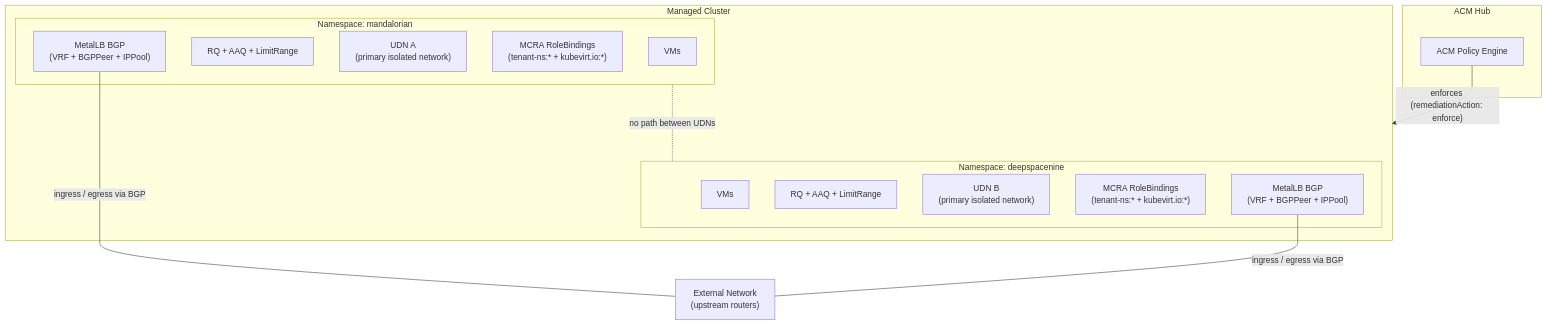
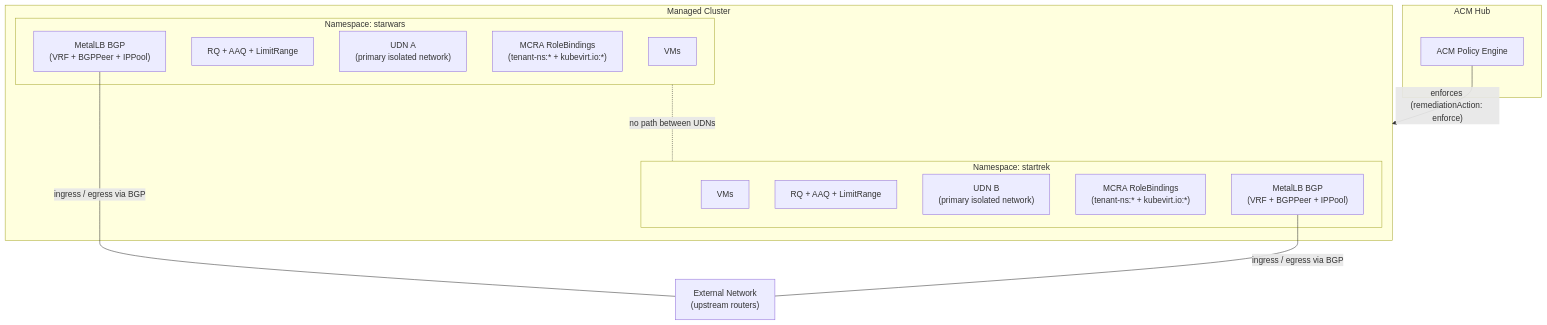
The first of 3 diagrams in docs/tenancy-model.md (mandibuswell/tenancy-by-acm-policy), drawn with Mermaid before and after one commit. The commit also changed other lines of this file and 5 other files, not shown here.

First line of the commit message:
Restore starwars/startrek ACM tenants; keep SSO themes separate.

````diff
--- a/docs/tenancy-model.md
+++ b/docs/tenancy-model.md
@@ -86,27 +86,27 @@
 ```mermaid
 flowchart TD
     subgraph hub [ACM Hub]
         policy[ACM Policy Engine]
     end
     subgraph managed [Managed Cluster]
-        subgraph tenantA ["Namespace: mandalorian"]
+        subgraph tenantA ["Namespace: starwars"]
             vmA[VMs]
             quotaA["RQ + AAQ + LimitRange"]
             udnA["UDN A\n(primary isolated network)"]
             rbacA["MCRA RoleBindings\n(tenant-ns:* + kubevirt.io:*)"]
             metallbA["MetalLB BGP\n(VRF + BGPPeer + IPPool)"]
         end
-        subgraph tenantB ["Namespace: deepspacenine"]
+        subgraph tenantB ["Namespace: startrek"]
             vmB[VMs]
             quotaB["RQ + AAQ + LimitRange"]
             udnB["UDN B\n(primary isolated network)"]
             rbacB["MCRA RoleBindings\n(tenant-ns:* + kubevirt.io:*)"]
             metallbB["MetalLB BGP\n(VRF + BGPPeer + IPPool)"]
         end
         tenantA -."no path between UDNs".- tenantB
     end
     external["External Network\n(upstream routers)"]
     policy -->|"enforces (remediationAction: enforce)"| managed
     metallbA ---|"ingress / egress via BGP"| external
     metallbB ---|"ingress / egress via BGP"| external
 ```
````
